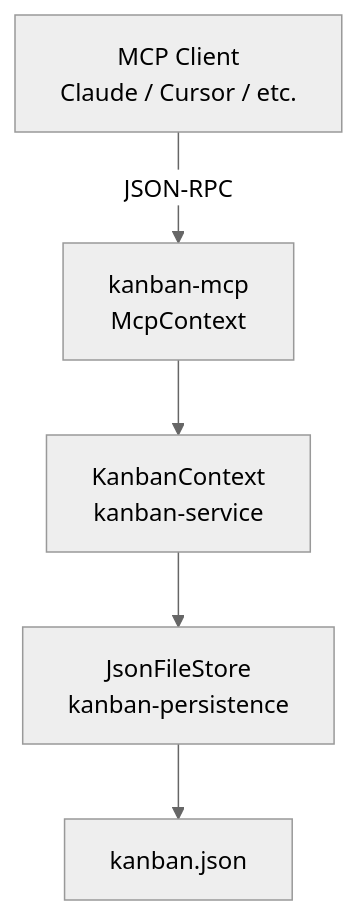
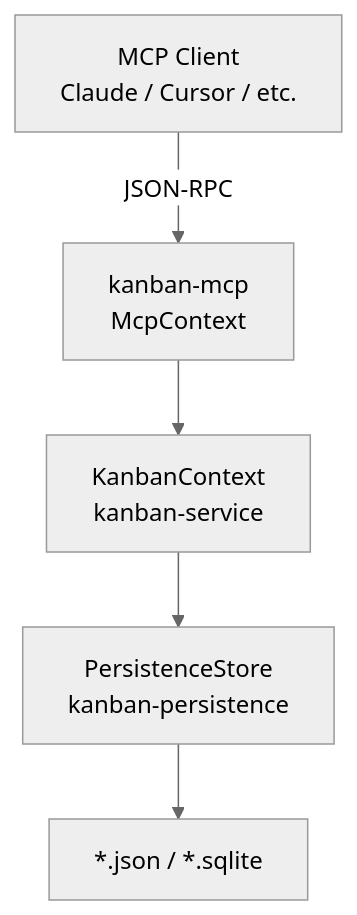
Before and after one commit to fulsomenko/kanban: the diagram in crates/kanban-mcp/README.md, drawn with Mermaid (neutral theme). The commit also changed 2 other files, not shown here.

Commit message:
docs(service,cli,mcp): update READMEs for pluggable storage
Replace load_json with make_store in service examples. Add storage
backend selection, migrate command, and SQLite examples to CLI README.
Update MCP architecture diagram to use PersistenceStore.

````diff
--- a/crates/kanban-mcp/README.md
+++ b/crates/kanban-mcp/README.md
@@ -11,7 +11,7 @@
 ```mermaid
 graph TD
     CLIENT[MCP Client<br/>Claude / Cursor / etc.] -->|JSON-RPC| MCP[kanban-mcp<br/>McpContext]
     MCP --> SVC[KanbanContext<br/>kanban-service]
-    SVC --> STORE[JsonFileStore<br/>kanban-persistence]
-    STORE --> FILE[kanban.json]
+    SVC --> STORE[PersistenceStore<br/>kanban-persistence]
+    STORE --> STORAGE[*.json / *.sqlite]
 ```
````
